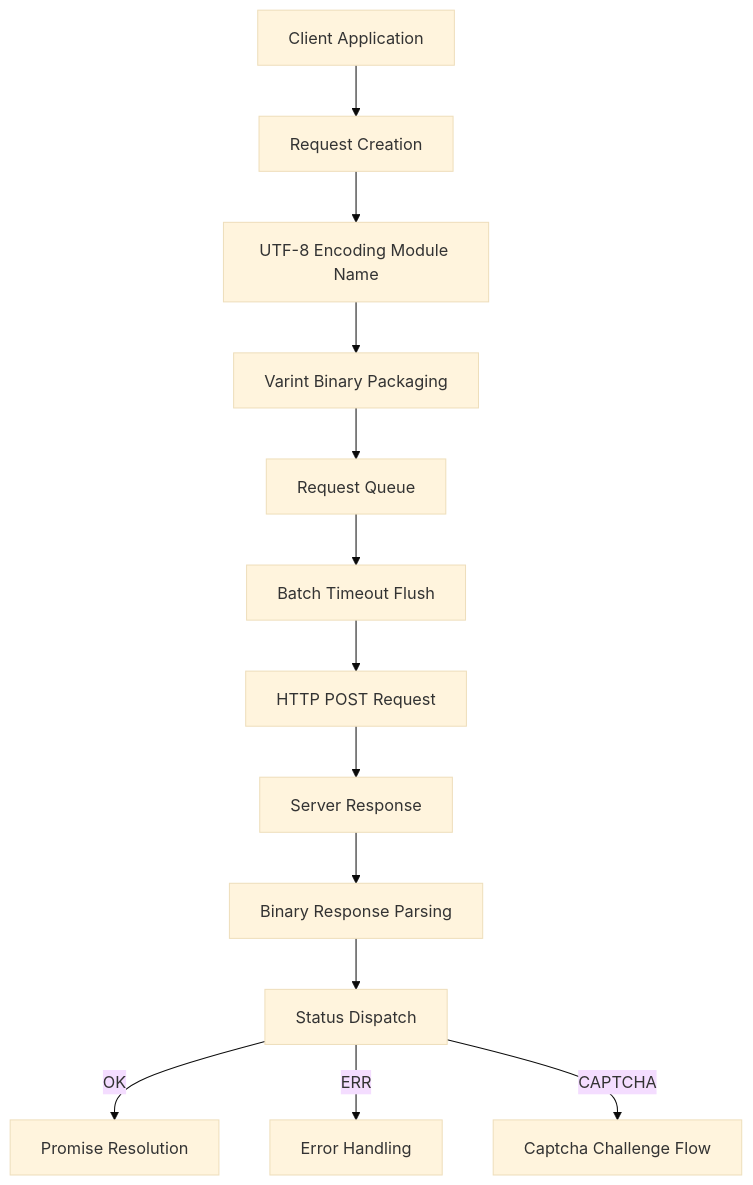
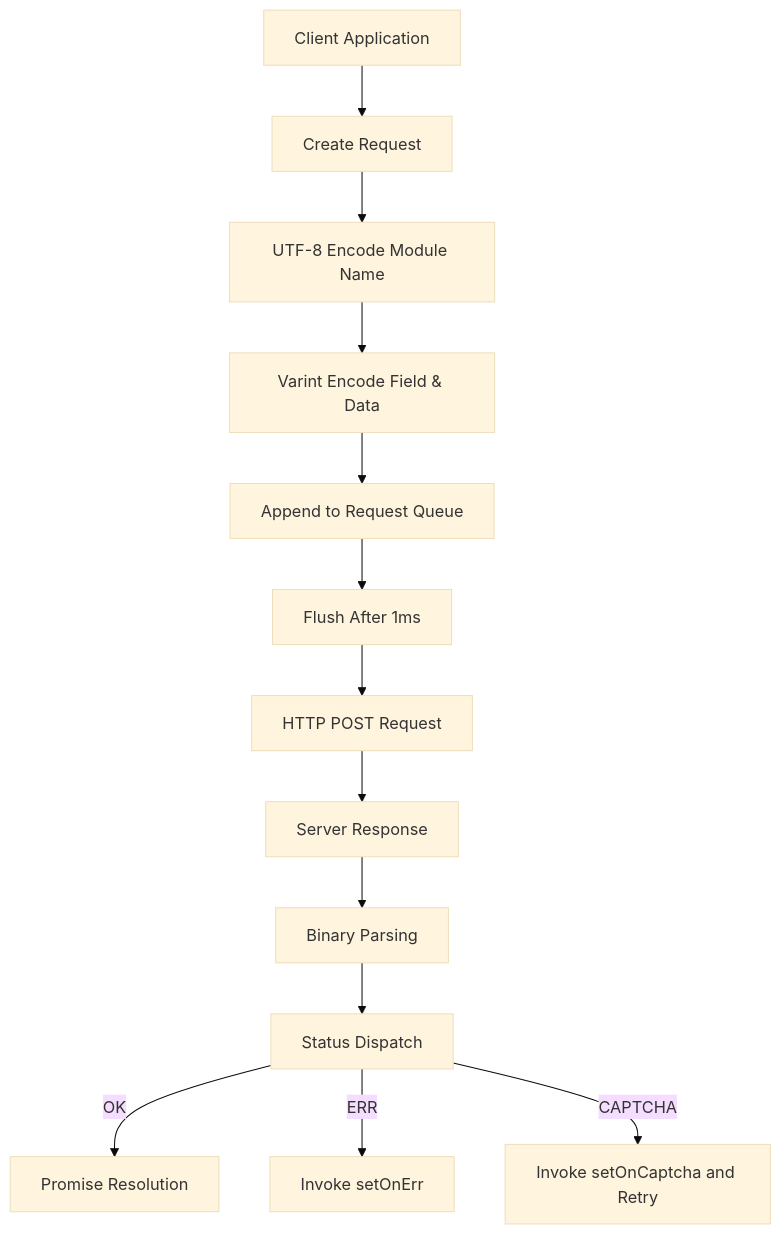
The diagram in protoapi/readme/en/README.md (webc-site/npm), drawn with Mermaid (base theme) before and after one commit. The commit also changed other lines of this file and 1 other file, not shown here.

````diff
--- a/protoapi/readme/en/README.md
+++ b/protoapi/readme/en/README.md
@@ -52,15 +52,15 @@
 ```mermaid
 graph TD
-  A[Client Application] --> B[Request Creation]
-  B --> C[UTF-8 Encoding Module Name]
-  C --> D[Varint Binary Packaging]
-  D --> E[Request Queue]
-  E --> F[Batch Timeout Flush]
+  A[Client Application] --> B[Create Request]
+  B --> C[UTF-8 Encode Module Name]
+  C --> D[Varint Encode Field & Data]
+  D --> E[Append to Request Queue]
+  E --> F[Flush After 1ms]
   F --> G[HTTP POST Request]
   G --> H[Server Response]
-  H --> I[Binary Response Parsing]
+  H --> I[Binary Parsing]
   I --> J[Status Dispatch]
   J -->|OK| K[Promise Resolution]
-  J -->|ERR| L[Error Handling]
-  J -->|CAPTCHA| M[Captcha Challenge Flow]
+  J -->|ERR| L[Invoke setOnErr]
+  J -->|CAPTCHA| M[Invoke setOnCaptcha and Retry]
 ```
````
